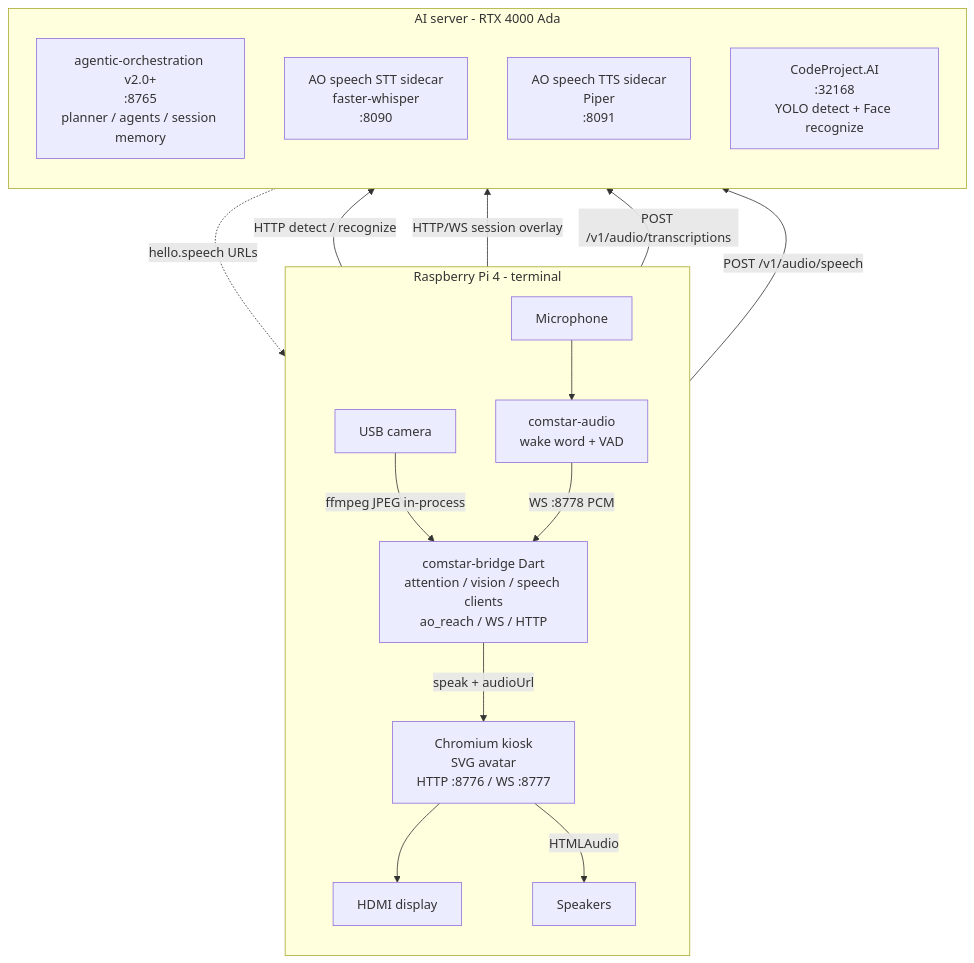
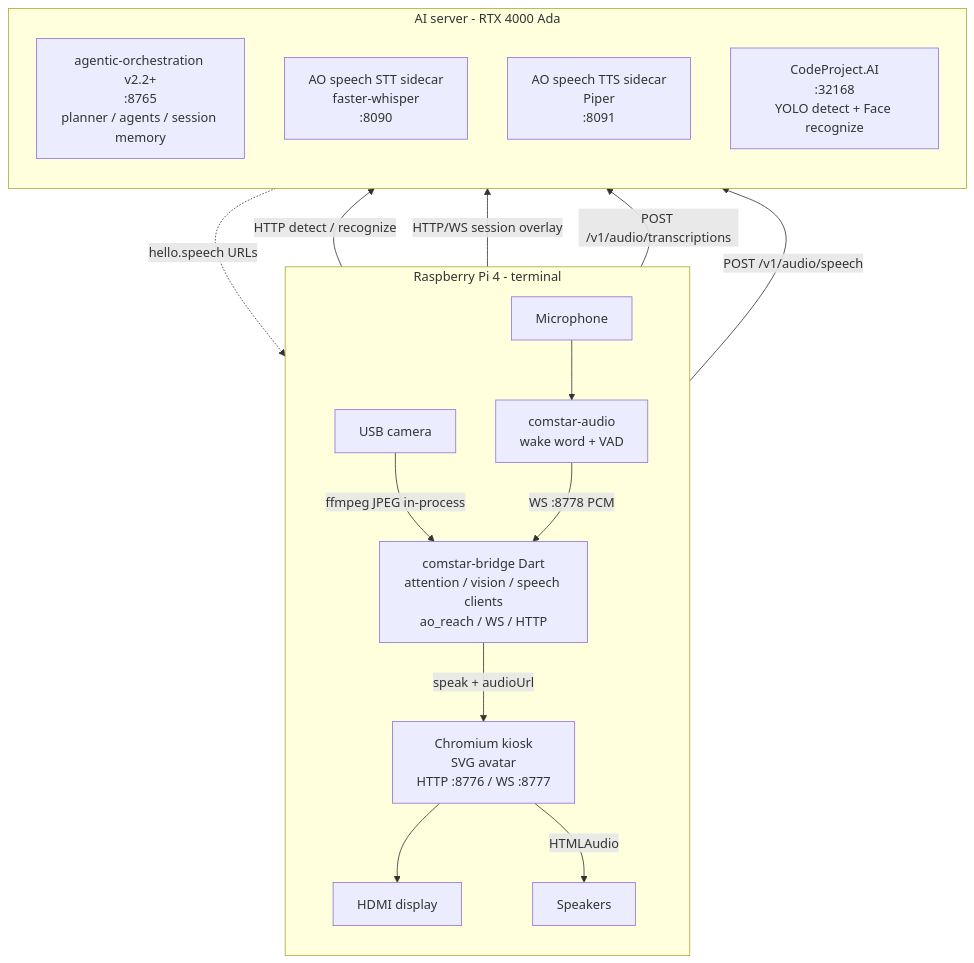
Before and after one commit to zlatko-lakisic/comstar: the diagram in README.md, drawn with Mermaid. The commit also changed other lines of this file and 64 other files, not shown here.

First line of the commit message:
Update agentic-orchestration and ao_reach versions; enhance dynamic planning support

````diff
--- a/README.md
+++ b/README.md
@@ -77,35 +77,35 @@
 ```mermaid
 flowchart TB
   subgraph pi ["Raspberry Pi 4 - terminal"]
     direction TB
     cam["USB camera"]
     mic["Microphone"]
     display["HDMI display"]
     speakers["Speakers"]
 
     audio["comstar-audio<br/>wake word + VAD"]
     bridge["comstar-bridge Dart<br/>attention / vision / speech clients<br/>ao_reach / WS / HTTP"]
     kiosk["Chromium kiosk<br/>SVG avatar<br/>HTTP :8776 / WS :8777"]
 
     cam -->|"ffmpeg JPEG in-process"| bridge
     mic --> audio
     audio -->|"WS :8778 PCM"| bridge
     bridge -->|"speak + audioUrl"| kiosk
     kiosk --> display
     kiosk -->|"HTMLAudio"| speakers
   end
 
   subgraph server ["AI server - RTX 4000 Ada"]
     direction TB
-    ao["agentic-orchestration v2.0+<br/>:8765<br/>planner / agents / session memory"]
+    ao["agentic-orchestration v2.2+<br/>:8765<br/>planner / agents / session memory"]
     stt["AO speech STT sidecar<br/>faster-whisper<br/>:8090"]
     tts["AO speech TTS sidecar<br/>Piper<br/>:8091"]
     cpai["CodeProject.AI<br/>:32168<br/>YOLO detect + Face recognize"]
   end
 
   bridge -->|"HTTP detect / recognize"| cpai
   bridge -->|"HTTP/WS session overlay"| ao
   ao -.->|"hello.speech URLs"| bridge
   bridge -->|"POST /v1/audio/transcriptions"| stt
   bridge -->|"POST /v1/audio/speech"| tts
 ```
````
